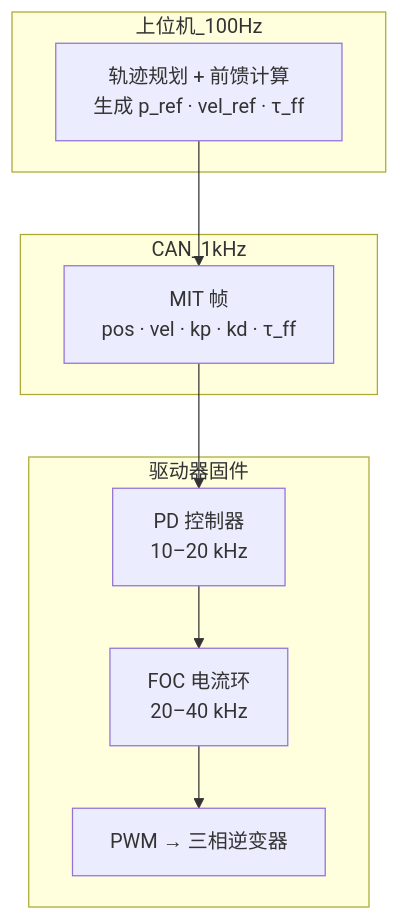
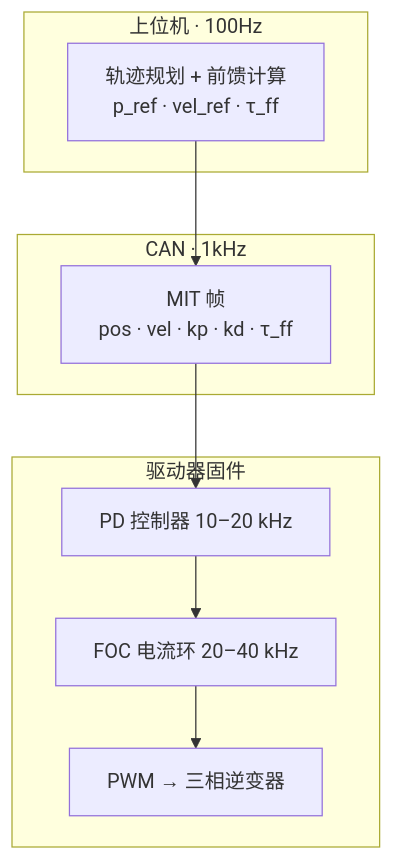
The sixth of 7 diagrams in dev/mit-pd-feedforward-signal-chain/doc.md (shuyx/xc-robot2lab), drawn with Mermaid before and after one commit. The commit also changed other lines of this file and 105 other files, not shown here.

````diff
--- a/dev/mit-pd-feedforward-signal-chain/doc.md
+++ b/dev/mit-pd-feedforward-signal-chain/doc.md
@@ -264,14 +266,14 @@
 ```mermaid
 flowchart TD
-    subgraph 上位机_100Hz
-        A["轨迹规划 + 前馈计算\n生成 p_ref · vel_ref · τ_ff"]
+    subgraph Host_100Hz["上位机 · 100Hz"]
+        A["轨迹规划 + 前馈计算<br/>p_ref · vel_ref · τ_ff"]
     end
-    subgraph CAN_1kHz
-        A --> B["MIT 帧\npos · vel · kp · kd · τ_ff"]
+    subgraph CAN_1kHz["CAN · 1kHz"]
+        A --> B["MIT 帧<br/>pos · vel · kp · kd · τ_ff"]
     end
-    subgraph 驱动器固件
-        B --> C["PD 控制器\n10–20 kHz"]
-        C --> D["FOC 电流环\n20–40 kHz"]
+    subgraph Driver_FW["驱动器固件"]
+        B --> C["PD 控制器 10–20 kHz"]
+        C --> D["FOC 电流环 20–40 kHz"]
         D --> E["PWM → 三相逆变器"]
     end
 ```
````
